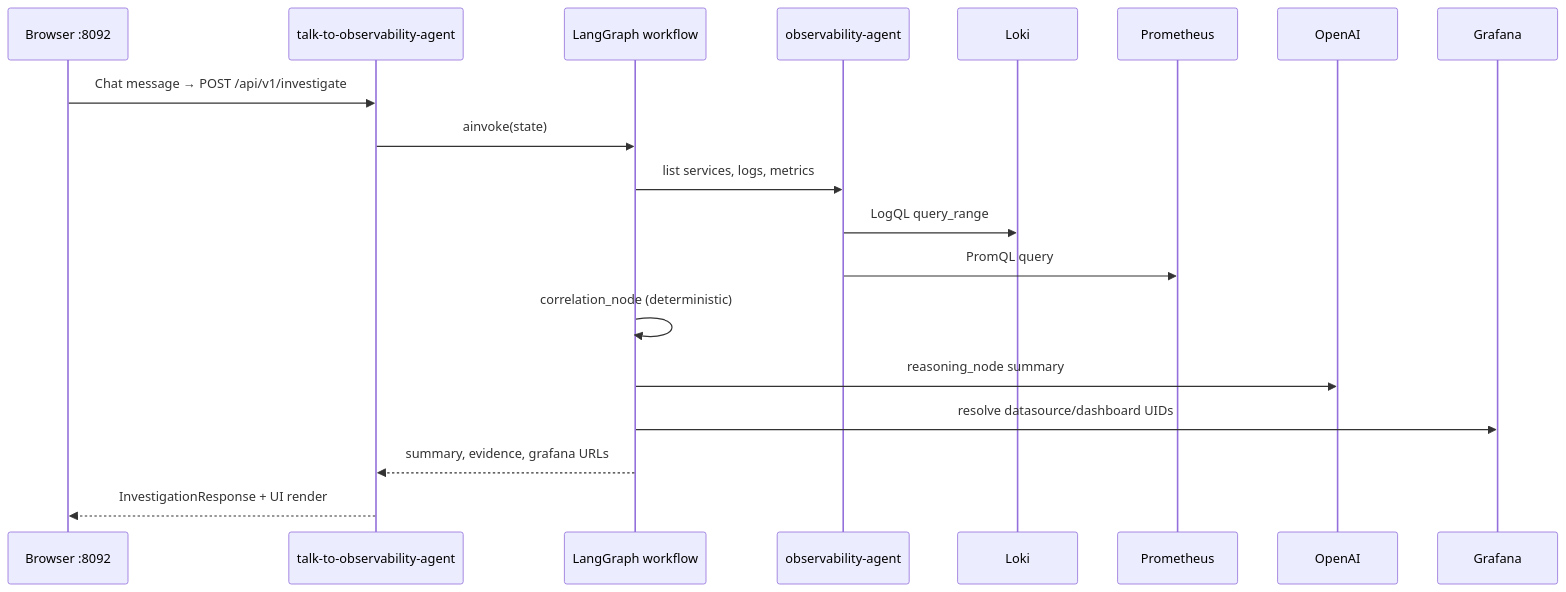
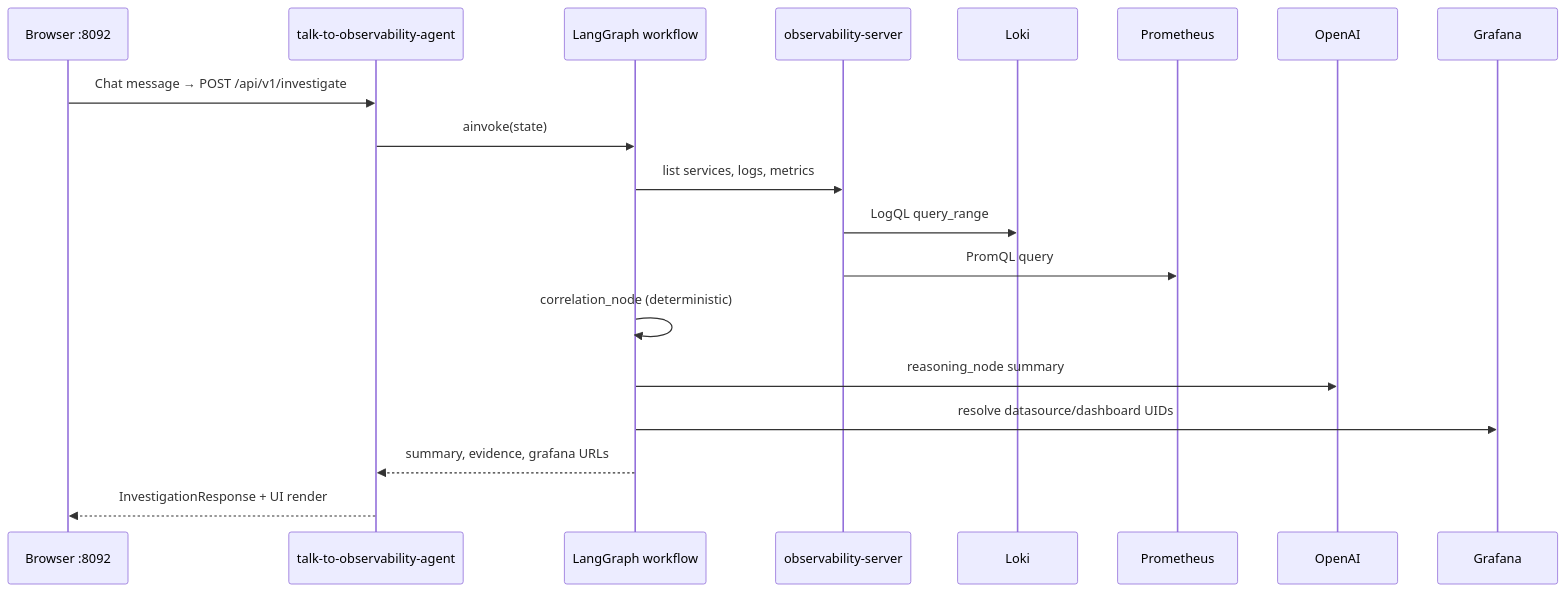
The fifth of 5 diagrams in architecture-diagram.md (vuppalapatisn/agentic-microservices), drawn with Mermaid before and after one commit. The commit also changed other lines of this file and 46 other files, not shown here.

````diff
--- a/architecture-diagram.md
+++ b/architecture-diagram.md
@@ -172,22 +172,22 @@
 ```mermaid
 sequenceDiagram
     participant U as Browser :8092
     participant T as talk-to-observability-agent
     participant LG as LangGraph workflow
-    participant O as observability-agent
+    participant O as observability-server
     participant L as Loki
     participant P as Prometheus
     participant AI as OpenAI
     participant G as Grafana
 
     U->>T: Chat message → POST /api/v1/investigate
     T->>LG: ainvoke(state)
     LG->>O: list services, logs, metrics
     O->>L: LogQL query_range
     O->>P: PromQL query
     LG->>LG: correlation_node (deterministic)
     LG->>AI: reasoning_node summary
     LG->>G: resolve datasource/dashboard UIDs
     LG-->>T: summary, evidence, grafana URLs
     T-->>U: InvestigationResponse + UI render
 ```
````
